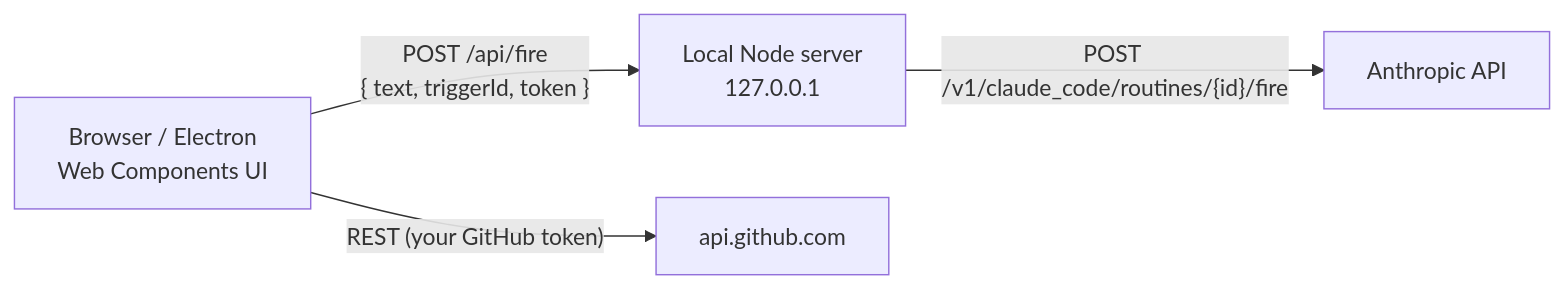
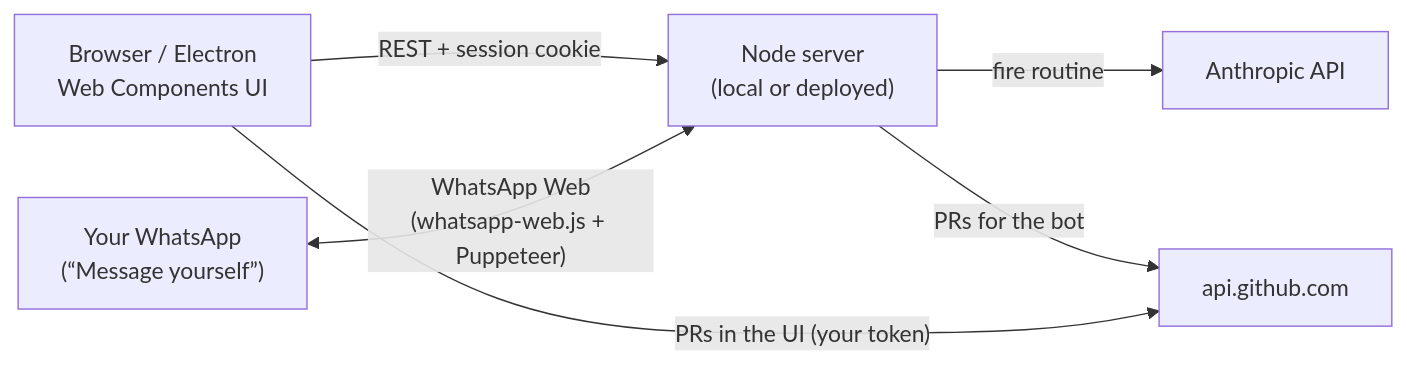
The diagram in README.md (rodrireddev/claude-code-routines), drawn with Mermaid before and after one commit. The commit also changed other lines of this file and 59 other files, not shown here.

First line of the commit message:
Add WhatsApp bot (whatsapp-web.js + Puppeteer), server mode with login, and layered architecture

````diff
--- a/README.md
+++ b/README.md
@@ -82,6 +88,8 @@
 ```mermaid
 flowchart LR
-    UI["Browser / Electron<br/>Web Components UI"] -- "POST /api/fire<br/>{ text, triggerId, token }" --> S["Local Node server<br/>127.0.0.1"]
-    S -- "POST /v1/claude_code/routines/{id}/fire" --> A["Anthropic API"]
-    UI -- "REST (your GitHub token)" --> G["api.github.com"]
+    UI["Browser / Electron<br/>Web Components UI"] -- "REST + session cookie" --> S["Node server<br/>(local or deployed)"]
+    WA["Your WhatsApp<br/>(“Message yourself”)"] <-- "WhatsApp Web<br/>(whatsapp-web.js + Puppeteer)" --> S
+    S -- "fire routine" --> A["Anthropic API"]
+    S -- "PRs for the bot" --> G["api.github.com"]
+    UI -- "PRs in the UI (your token)" --> G
 ```
````
